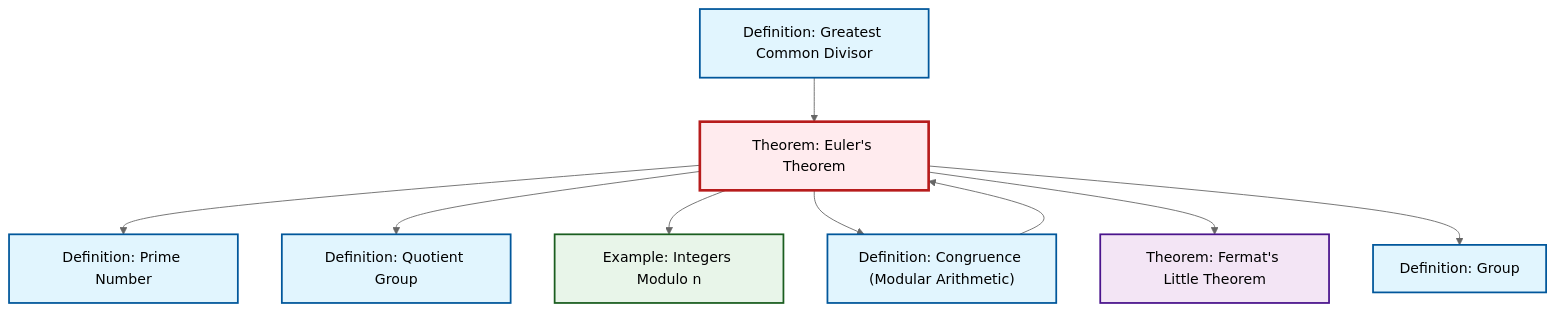
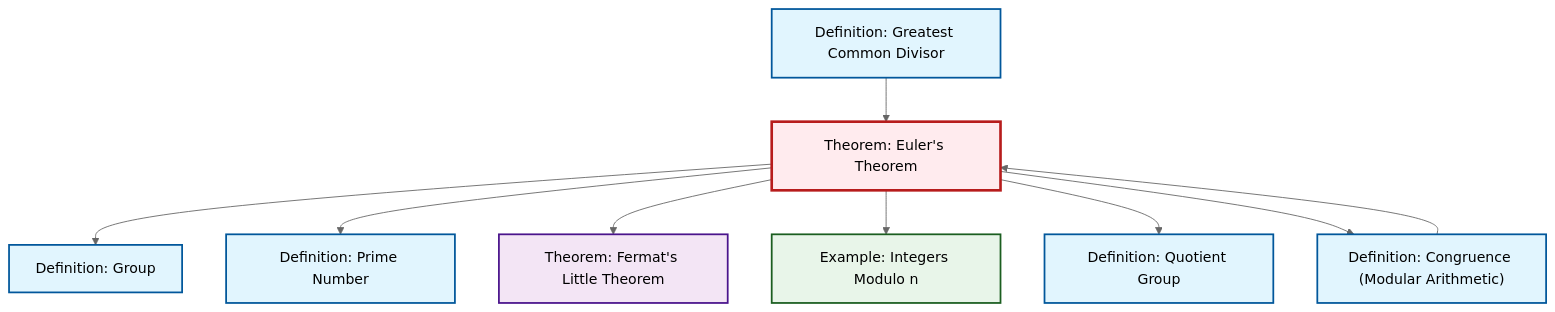
Before and after one commit to RK0429/ModernMath: the diagram in content/en/number-theory/thm-euler.qmd, drawn with Mermaid (neutral theme). The commit also changed other lines of this file and 672 other files, not shown here.

````diff
--- a/content/en/number-theory/thm-euler.qmd
+++ b/content/en/number-theory/thm-euler.qmd
@@ -53,33 +53,33 @@
 ```{mermaid}
 %%| fig-cap: "Local dependency graph"
 graph TD
     classDef definition fill:#e1f5fe,stroke:#01579b,stroke-width:2px
     classDef theorem fill:#f3e5f5,stroke:#4a148c,stroke-width:2px
     classDef axiom fill:#fff3e0,stroke:#e65100,stroke-width:2px
     classDef example fill:#e8f5e9,stroke:#1b5e20,stroke-width:2px
     classDef current fill:#ffebee,stroke:#b71c1c,stroke-width:3px
-    def-gcd["Definition: Greatest Common Divisor"]:::definition
-    def-congruence["Definition: Congruence (Modular Arithmetic)"]:::definition
-    thm-euler["Theorem: Euler's Theorem"]:::theorem
     thm-fermat-little["Theorem: Fermat's Little Theorem"]:::theorem
     def-quotient-group["Definition: Quotient Group"]:::definition
+    thm-euler["Theorem: Euler's Theorem"]:::theorem
+    def-congruence["Definition: Congruence (Modular Arithmetic)"]:::definition
+    ex-quotient-integers-mod-n["Example: Integers Modulo n"]:::example
     def-prime["Definition: Prime Number"]:::definition
     def-group["Definition: Group"]:::definition
-    ex-quotient-integers-mod-n["Example: Integers Modulo n"]:::example
+    def-gcd["Definition: Greatest Common Divisor"]:::definition
+    thm-euler --> def-group
+    def-congruence --> thm-euler
+    def-gcd --> thm-euler
     thm-euler --> def-prime
+    thm-euler --> thm-fermat-little
+    thm-euler --> ex-quotient-integers-mod-n
     thm-euler --> def-quotient-group
-    thm-euler --> ex-quotient-integers-mod-n
     thm-euler --> def-congruence
-    thm-euler --> thm-fermat-little
-    def-gcd --> thm-euler
-    def-congruence --> thm-euler
-    thm-euler --> def-group
     class thm-euler current
-    click def-gcd "def-gcd.html" "Go to Greatest Common Divisor definition"
-    click def-congruence "def-congruence.html" "Go to Congruence (Modular Arithmetic) definition"
     click thm-fermat-little "thm-fermat-little.html" "Go to Fermat's Little Theorem theorem"
     click def-quotient-group "def-quotient-group.html" "Go to Quotient Group definition"
+    click def-congruence "def-congruence.html" "Go to Congruence (Modular Arithmetic) definition"
+    click ex-quotient-integers-mod-n "ex-quotient-integers-mod-n.html" "Go to Integers Modulo n example"
     click def-prime "def-prime.html" "Go to Prime Number definition"
     click def-group "def-group.html" "Go to Group definition"
-    click ex-quotient-integers-mod-n "ex-quotient-integers-mod-n.html" "Go to Integers Modulo n example"
+    click def-gcd "def-gcd.html" "Go to Greatest Common Divisor definition"
 ```
````
